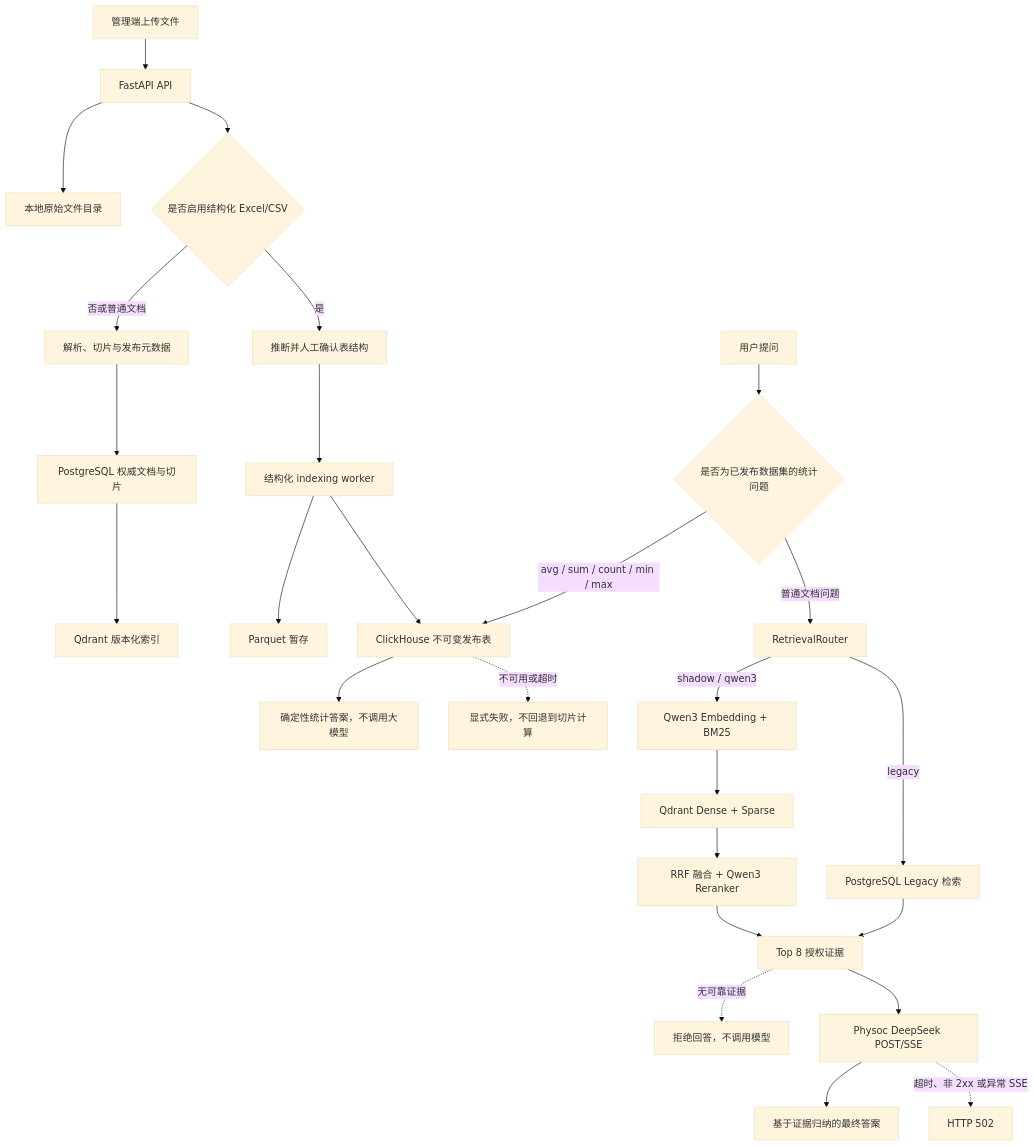
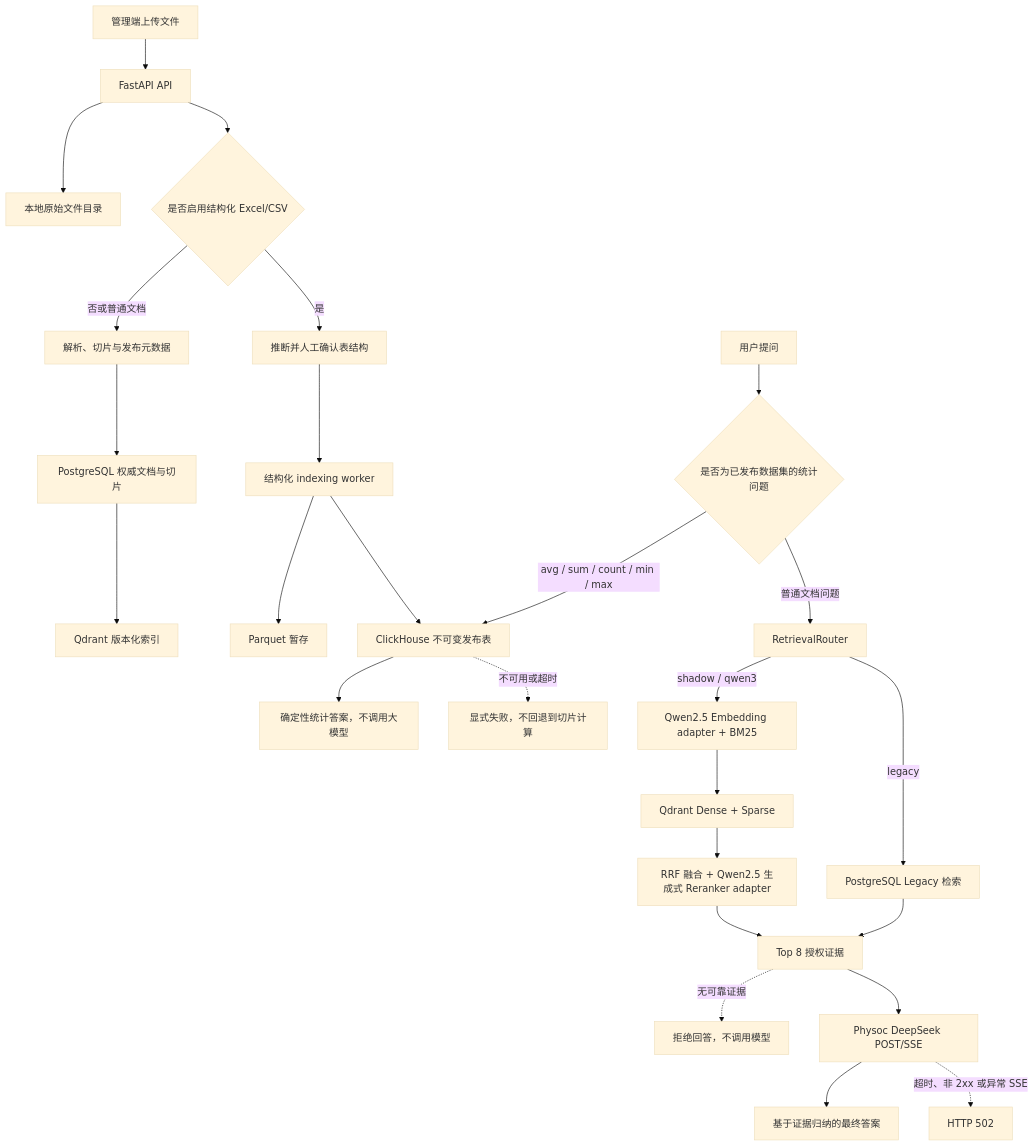
One commit to weberhyj/DCAgent changed the diagram in README.md. Above: the diagram before and after it, drawn with Mermaid (base theme). The commit also changed other lines of this file and 3 other files, not shown here.

````diff
--- a/README.md
+++ b/README.md
@@ -135,32 +135,32 @@
 ```mermaid
 flowchart TD
     A["管理端上传文件"] --> B["FastAPI API"]
     B --> C["本地原始文件目录"]
     B --> D{"是否启用结构化 Excel/CSV"}
 
     D -->|"否或普通文档"| E["解析、切片与发布元数据"]
     E --> F["PostgreSQL 权威文档与切片"]
     F --> G["Qdrant 版本化索引"]
 
     D -->|"是"| H["推断并人工确认表结构"]
     H --> I["结构化 indexing worker"]
     I --> J["Parquet 暂存"]
     I --> K["ClickHouse 不可变发布表"]
 
     L["用户提问"] --> M{"是否为已发布数据集的统计问题"}
     M -->|"avg / sum / count / min / max"| K
     K --> N["确定性统计答案，不调用大模型"]
     K -.->|"不可用或超时"| X["显式失败，不回退到切片计算"]
 
     M -->|"普通文档问题"| O["RetrievalRouter"]
     O -->|"legacy"| P0["PostgreSQL Legacy 检索"]
-    O -->|"shadow / qwen3"| P1["Qwen3 Embedding + BM25"]
+    O -->|"shadow / qwen3"| P1["Qwen2.5 Embedding adapter + BM25"]
     P1 --> P2["Qdrant Dense + Sparse"]
-    P2 --> P3["RRF 融合 + Qwen3 Reranker"]
+    P2 --> P3["RRF 融合 + Qwen2.5 生成式 Reranker adapter"]
     P3 --> P["Top 8 授权证据"]
     P0 --> P
     P -.->|"无可靠证据"| Y["拒绝回答，不调用模型"]
     P --> Q["Physoc DeepSeek POST/SSE"]
     Q --> R["基于证据归纳的最终答案"]
     Q -.->|"超时、非 2xx 或异常 SSE"| Z["HTTP 502"]
 ```
````
